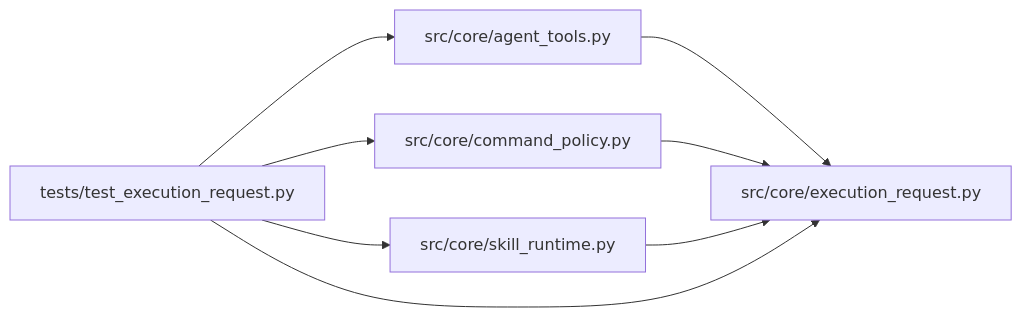
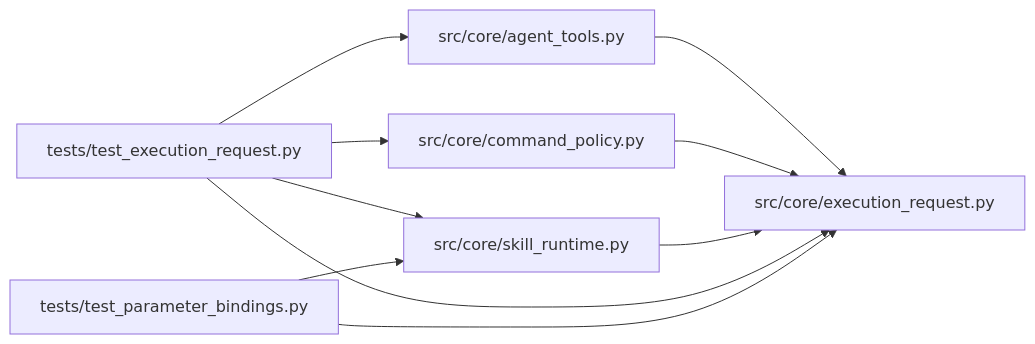
The diagram in docs/llm_wiki/modules/execution_request.md (Denissvgn/autoresearch-agent), drawn with Mermaid before and after one commit. The commit also changed other lines of this file and 38 other files, not shown here.

````diff
--- a/docs/llm_wiki/modules/execution_request.md
+++ b/docs/llm_wiki/modules/execution_request.md
@@ -38,20 +38,24 @@
 ```mermaid
 flowchart LR
     n0["src/core/agent_tools.py"]
     n1["src/core/command_policy.py"]
     n2["src/core/execution_request.py"]
     n3["src/core/skill_runtime.py"]
     n4["tests/test_execution_request.py"]
+    n5["tests/test_parameter_bindings.py"]
     n0 --> n2
     n1 --> n2
     n3 --> n2
     n4 --> n0
     n4 --> n1
     n4 --> n2
     n4 --> n3
+    n5 --> n2
+    n5 --> n3
     click n0 "../modules/agent_tools.md"
     click n1 "../modules/command_policy.md"
     click n2 "../modules/execution_request.md"
     click n3 "../modules/skill_runtime.md"
     click n4 "../modules/test_execution_request.md"
+    click n5 "../modules/test_parameter_bindings.md"
 ```
````
